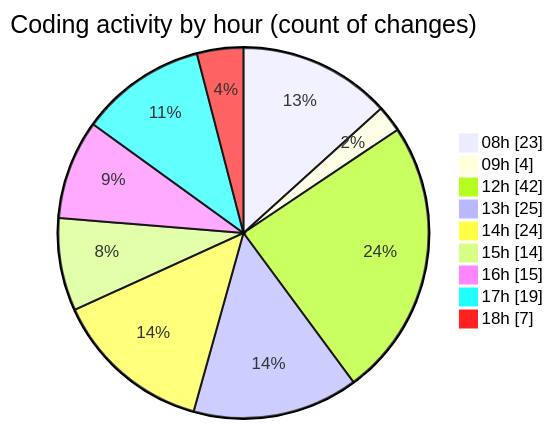
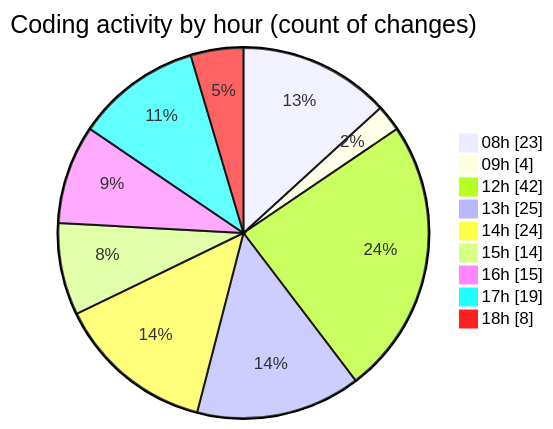
Before and after one commit to momahboobian/code-tracking: the second of 2 diagrams in 2026-06-02/cda/README.md, drawn with Mermaid. The commit also changed other lines of this file and 1 other file, not shown here.

````diff
--- a/2026-06-02/cda/README.md
+++ b/2026-06-02/cda/README.md
@@ -84,13 +84,13 @@
 ```mermaid
 pie showData
 title Coding activity by hour (count of changes)
 "08h" : 23
 "09h" : 4
 "12h" : 42
 "13h" : 25
 "14h" : 24
 "15h" : 14
 "16h" : 15
 "17h" : 19
-"18h" : 7
+"18h" : 8
 ```
````
